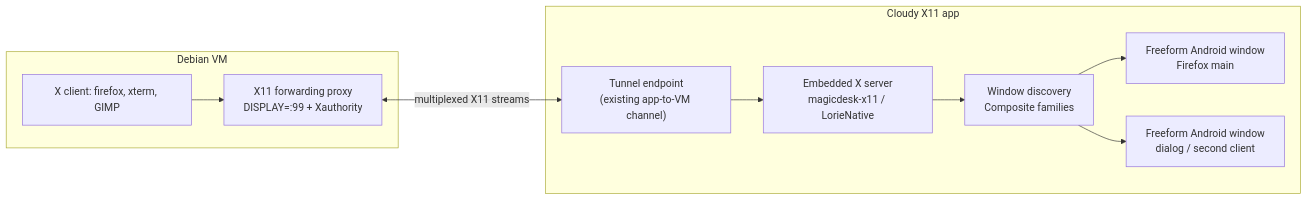
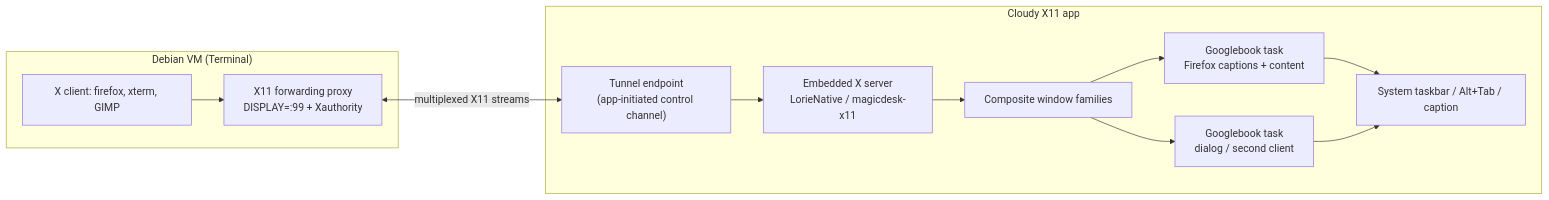
One commit to BaiTian6641/CloudyCode changed the diagram in docs/plan/x11-forwarding-evaluation.md. Above: the diagram before and after it, drawn with Mermaid. The commit also changed other lines of this file and 6 other files, not shown here.

````diff
--- a/docs/plan/x11-forwarding-evaluation.md
+++ b/docs/plan/x11-forwarding-evaluation.md
@@ -101,20 +190,23 @@
 ```mermaid
 flowchart LR
-    subgraph VM["Debian VM"]
+    subgraph VM["Debian VM (Terminal)"]
         A["X client: firefox, xterm, GIMP"]
         B["X11 forwarding proxy<br/>DISPLAY=:99 + Xauthority"]
         A --> B
     end
     subgraph APP["Cloudy X11 app"]
-        C["Tunnel endpoint<br/>(existing app-to-VM channel)"]
-        D["Embedded X server<br/>magicdesk-x11 / LorieNative"]
-        E["Window discovery<br/>Composite families"]
-        F1["Freeform Android window<br/>Firefox main"]
-        F2["Freeform Android window<br/>dialog / second client"]
+        C["Tunnel endpoint<br/>(app-initiated control channel)"]
+        D["Embedded X server<br/>LorieNative / magicdesk-x11"]
+        E["Composite window families"]
+        F1["Googlebook task<br/>Firefox captions + content"]
+        F2["Googlebook task<br/>dialog / second client"]
+        T["System taskbar / Alt+Tab / caption"]
         C --> D
         D --> E
         E --> F1
         E --> F2
+        F1 --> T
+        F2 --> T
     end
     B <-->|"multiplexed X11 streams"| C
 ```
````
